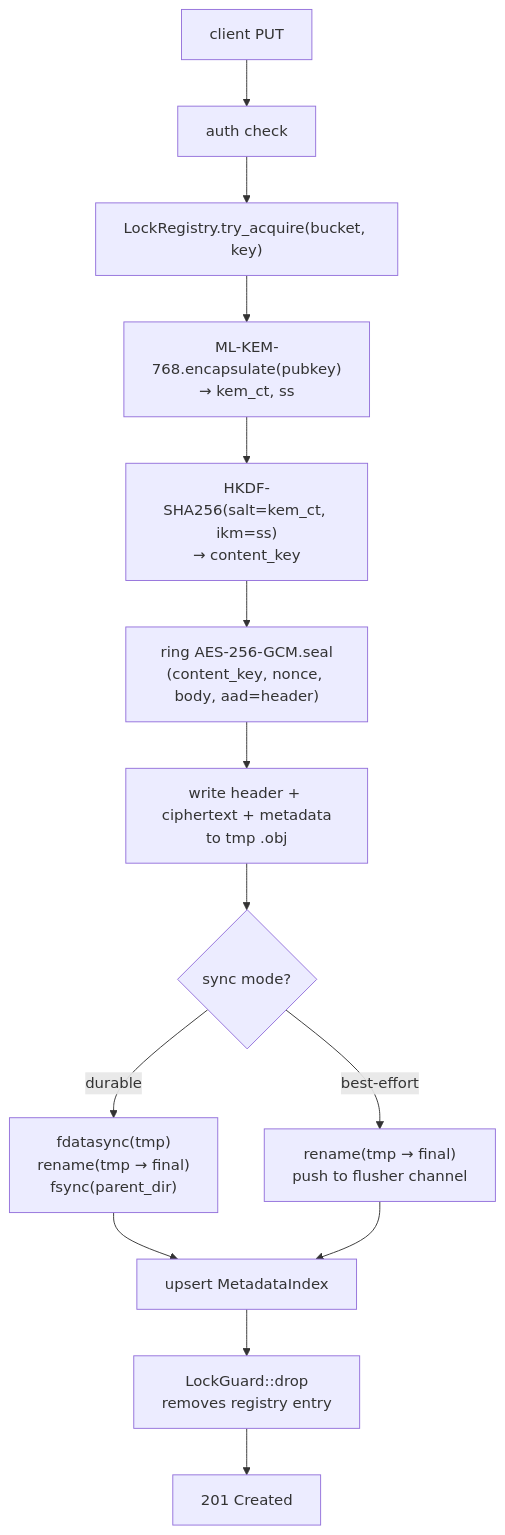
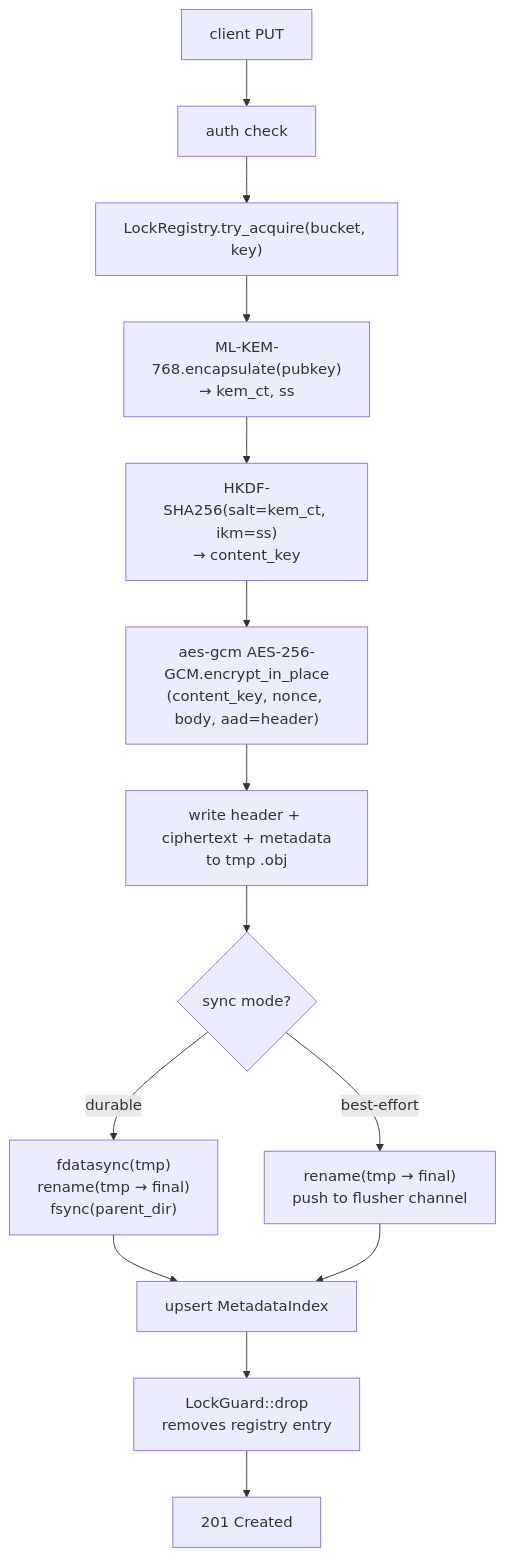
One commit to Quyzi/y2q changed the second of 8 diagrams in docs/architecture.md. Above: the diagram before and after it, drawn with Mermaid. The commit also changed other lines of this file and 10 other files, not shown here.

````diff
--- a/docs/architecture.md
+++ b/docs/architecture.md
@@ -35,16 +35,16 @@
 ```mermaid
 flowchart TD
     C[client PUT] --> A[auth check]
     A --> L["LockRegistry.try_acquire(bucket, key)"]
     L --> K["ML-KEM-768.encapsulate(pubkey)\n→ kem_ct, ss"]
     K --> H["HKDF-SHA256(salt=kem_ct, ikm=ss)\n→ content_key"]
-    H --> E["ring AES-256-GCM.seal\n(content_key, nonce, body, aad=header)"]
+    H --> E["aes-gcm AES-256-GCM.encrypt_in_place\n(content_key, nonce, body, aad=header)"]
     E --> W["write header + ciphertext + metadata\nto tmp .obj"]
     W --> S{sync mode?}
     S -->|durable| D["fdatasync(tmp)\nrename(tmp → final)\nfsync(parent_dir)"]
     S -->|best-effort| B["rename(tmp → final)\npush to flusher channel"]
     D --> M[upsert MetadataIndex]
     B --> M
     M --> G["LockGuard::drop\nremoves registry entry"]
     G --> R[201 Created]
 ```
````
